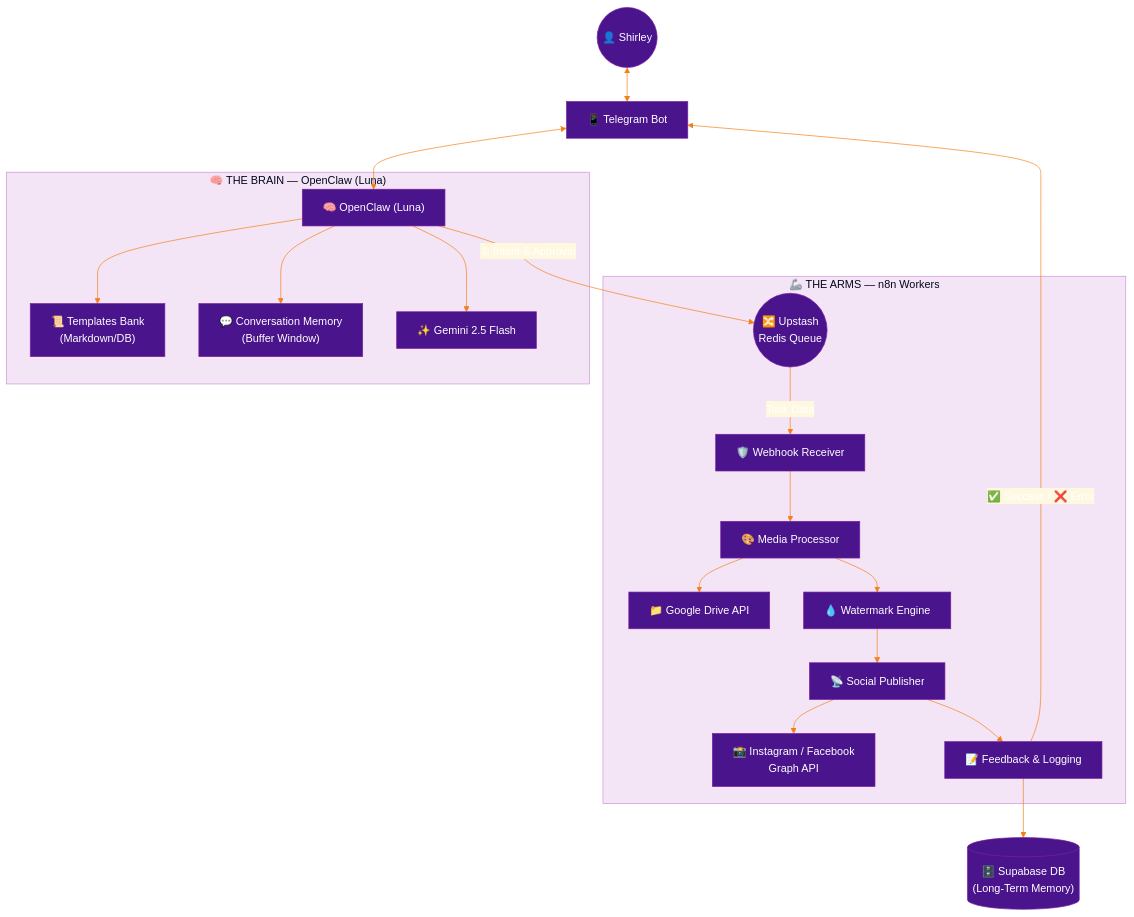
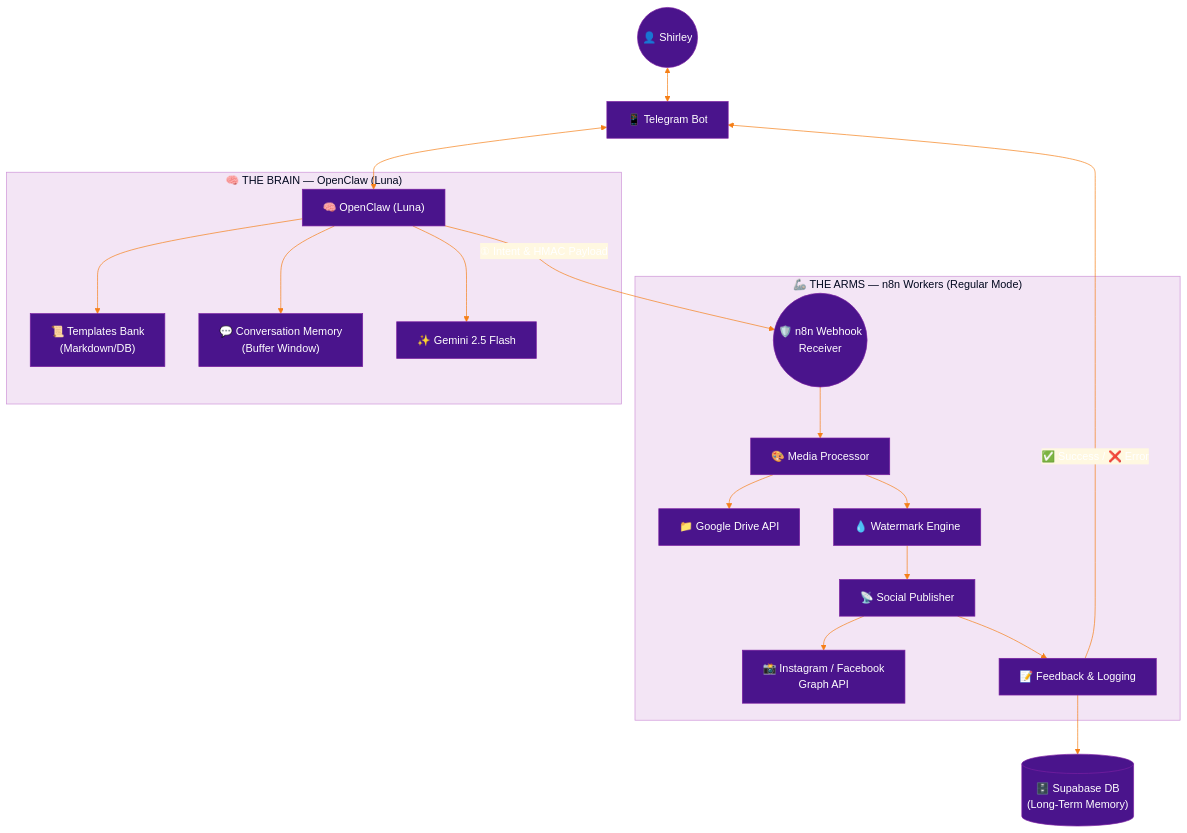
One commit to aleocampodev/LobsterMarketing changed the first of 3 diagrams in specs/architecture.md. Above: the diagram before and after it, drawn with Mermaid. The commit also changed other lines of this file and 16 other files, not shown here.

First line of the commit message:
docs: remove Upstash Redis from architecture — direct HMAC webhook (ADR-003)

````diff
--- a/specs/architecture.md
+++ b/specs/architecture.md
@@ -57,39 +53,38 @@
 ```mermaid
 %%{init: {'theme': 'base', 'themeVariables': {
   'primaryColor': '#4A148C',
   'primaryTextColor': '#fff',
   'primaryBorderColor': '#7B1FA2',
   'lineColor': '#F57F17',
   'secondaryColor': '#FFD54F',
   'tertiaryColor': '#FFF8E1',
   'mainBkg': '#4A148C',
   'nodeBorder': '#7B1FA2',
   'clusterBkg': '#F3E5F5',
   'clusterBorder': '#CE93D8',
   'edgeLabelBackground': '#FFF8E1'
 }}}%%
 graph TD
     User(("👤 Shirley")) <--> Telegram["📱 Telegram Bot"]
     Telegram <--> Brain["🧠 OpenClaw (Luna)"]
 
     subgraph BrainSub["🧠 THE BRAIN — OpenClaw (Luna)"]
         Brain --> Templates["📜 Templates Bank<br/>(Markdown/DB)"]
         Brain --> Memory["💬 Conversation Memory<br/>(Buffer Window)"]
         Brain --> LLM["✨ Gemini 2.5 Flash"]
     end
 
-    Brain -- "① Intent & Approval" --> Redis(("🔀 Upstash<br/>Redis Queue"))
+    Brain -- "① Intent & HMAC Payload" --> Webhook(("🛡️ n8n Webhook<br/>Receiver"))
 
-    subgraph ArmsSub["🦾 THE ARMS — n8n Workers"]
-        Redis -- "Task Data" --> Receiver["🛡️ Webhook Receiver"]
-        Receiver --> MPW["🎨 Media Processor"]
+    subgraph ArmsSub["🦾 THE ARMS — n8n Workers (Regular Mode)"]
+        Webhook --> MPW["🎨 Media Processor"]
         MPW --> Drive["📁 Google Drive API"]
         MPW --> Watermark["💧 Watermark Engine"]
         Watermark --> SPW["📡 Social Publisher"]
         SPW --> Meta["📸 Instagram / Facebook<br/>Graph API"]
         SPW --> FLW["📝 Feedback & Logging"]
     end
 
     FLW --> Supabase[("🗄️ Supabase DB<br/>(Long-Term Memory)")]
     FLW -- "✅ Success / ❌ Error" --> Telegram
 ```
````
